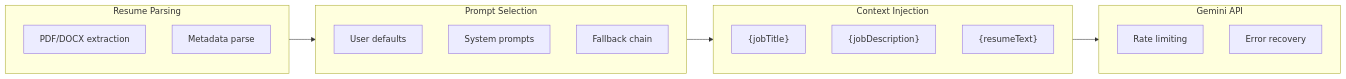
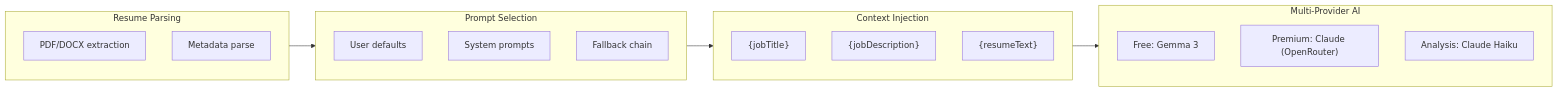
The second of 2 diagrams in README.md (taahamohsin/pare), drawn with Mermaid before and after one commit. The commit also changed other lines of this file and 19 other files, not shown here.

Commit message:
Added OpenRouter consumption features

````diff
--- a/README.md
+++ b/README.md
@@ -49,26 +49,27 @@
 ```mermaid
 flowchart LR
     subgraph Parse["Resume Parsing"]
         P1["PDF/DOCX extraction"]
         P2["Metadata parse"]
     end
 
     subgraph Prompt["Prompt Selection"]
         PR1["User defaults"]
         PR2["System prompts"]
         PR3["Fallback chain"]
     end
 
     subgraph Context["Context Injection"]
         C1["{jobTitle}"]
         C2["{jobDescription}"]
         C3["{resumeText}"]
     end
 
-    subgraph LLM["Gemini API"]
-        L1["Rate limiting"]
-        L2["Error recovery"]
+    subgraph LLM["Multi-Provider AI"]
+        L1["Free: Gemma 3"]
+        L2["Premium: Claude (OpenRouter)"]
+        L3["Analysis: Claude Haiku"]
     end
 
     Parse --> Prompt --> Context --> LLM
 ```
````
